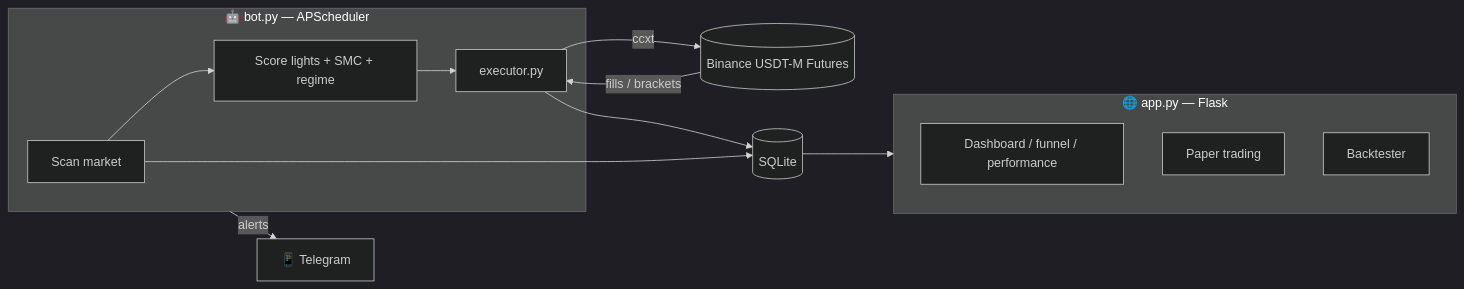
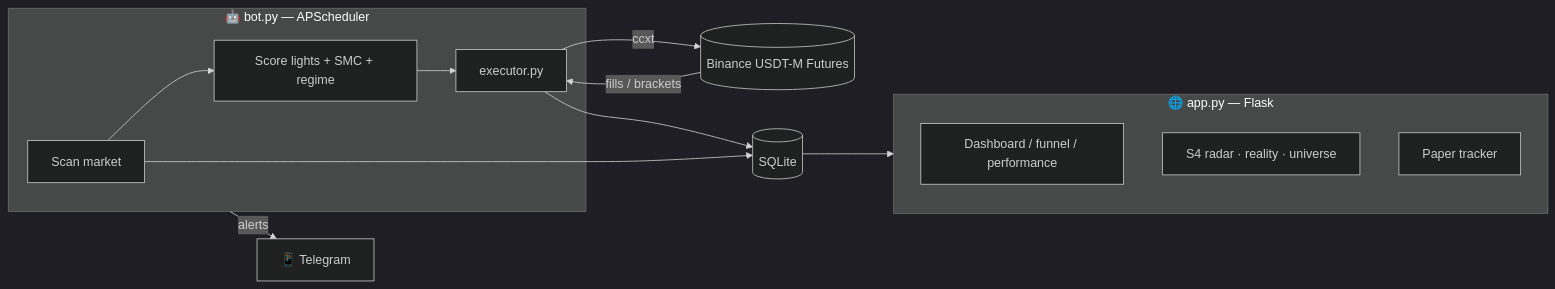
The diagram in README.md (Bill9417/crypto-trading-bot), drawn with Mermaid (dark theme) before and after one commit. The commit also changed other lines of this file, not shown here.

````diff
--- a/README.md
+++ b/README.md
@@ -49,18 +51,18 @@
 ```mermaid
 flowchart LR
     subgraph Bot["🤖 bot.py — APScheduler"]
         SCAN[Scan market] --> SIG[Score lights + SMC + regime]
         SIG --> EXEC[executor.py]
     end
     EXEC -->|ccxt| BINANCE[(Binance USDT-M Futures)]
     BINANCE -->|fills / brackets| EXEC
     EXEC --> DB[(SQLite)]
     SCAN --> DB
     subgraph Web["🌐 app.py — Flask"]
         DASH[Dashboard / funnel / performance]
-        PAPER[Paper trading]
-        BT[Backtester]
+        RAD[S4 radar · reality · universe]
+        PAPER[Paper tracker]
     end
     DB --> Web
     Bot -->|alerts| TG[📱 Telegram]
 ```
````
